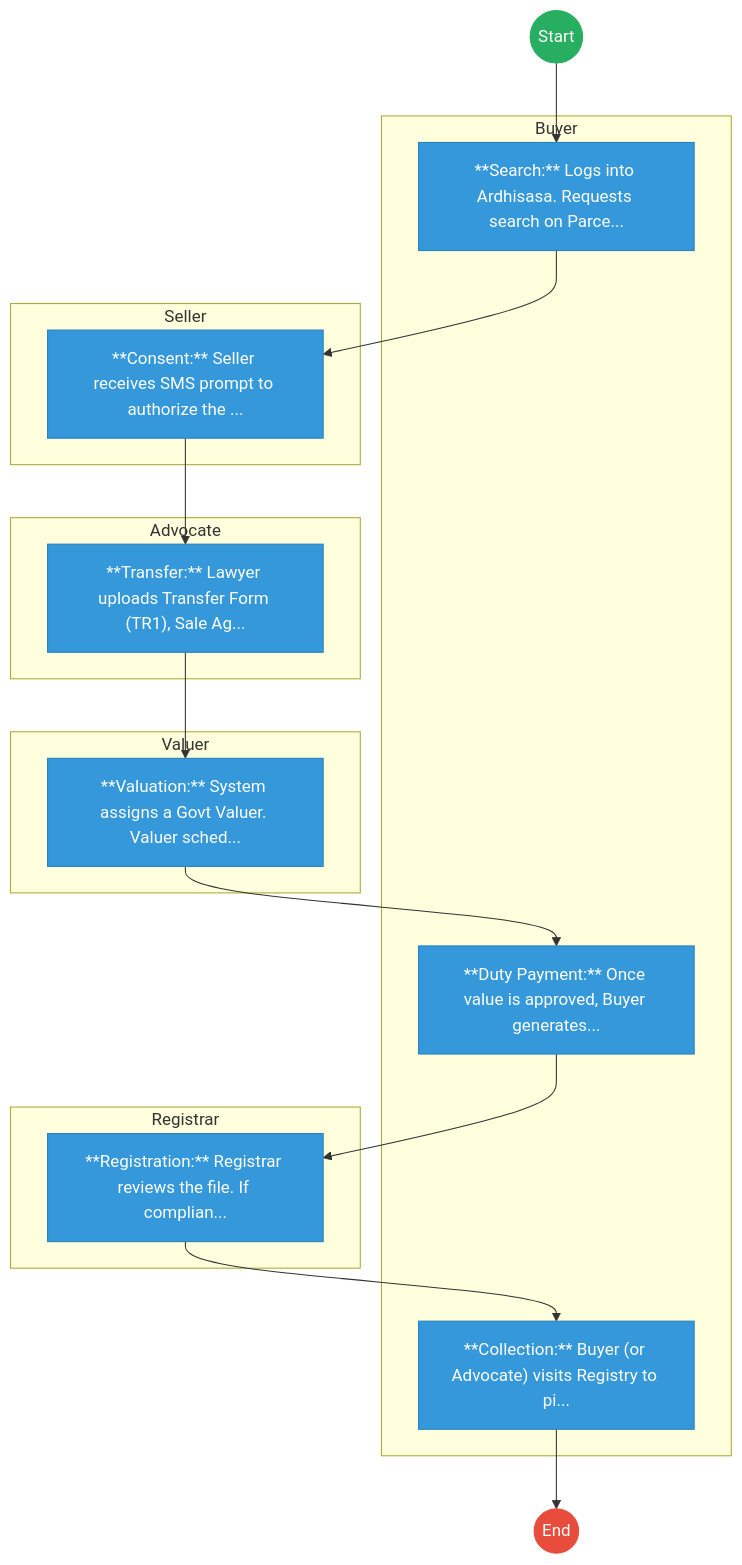
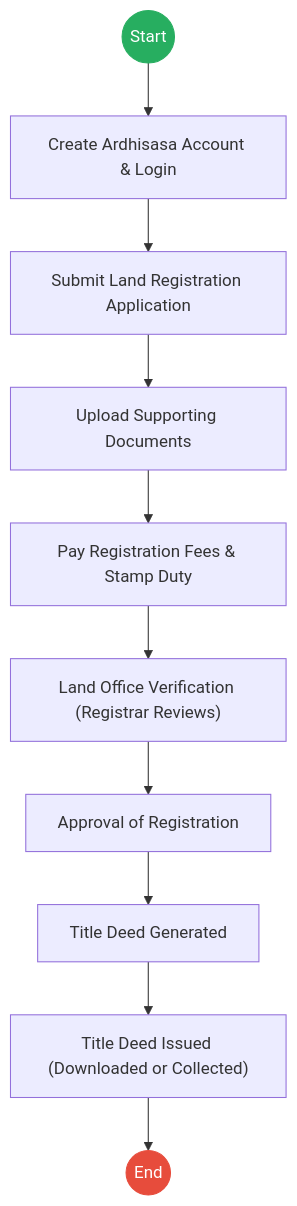
The first of 4 diagrams in mdas/docs_final/STATE_DEPARTMENT_FOR_LANDS_AND_PHYSICAL_PLANNING___Service_Delivery.md (BITZ-IT-Consulting-LTD/ictapoc), drawn with Mermaid before and after one commit. The commit also changed other lines of this file, not shown here.

````diff
--- a/mdas/docs_final/STATE_DEPARTMENT_FOR_LANDS_AND_PHYSICAL_PLANNING___Service_Delivery.md
+++ b/mdas/docs_final/STATE_DEPARTMENT_FOR_LANDS_AND_PHYSICAL_PLANNING___Service_Delivery.md
@@ -20,42 +20,17 @@
 ```mermaid
 graph TD
     Start((Start)) --> S1
-
-    subgraph Buyer [Buyer]
-        S1["**Search:** Logs into Ardhisasa. Requests search on Parce..."]
-        S5["**Duty Payment:** Once value is approved, Buyer generates..."]
-        S7["**Collection:** Buyer (or Advocate) visits Registry to pi..."]
-    end
-
-    subgraph Seller [Seller]
-        S2["**Consent:** Seller receives SMS prompt to authorize the ..."]
-    end
-
-    subgraph Advocate [Advocate]
-        S3["**Transfer:** Lawyer uploads Transfer Form (TR1), Sale Ag..."]
-    end
-
-    subgraph Valuer [Valuer]
-        S4["**Valuation:** System assigns a Govt Valuer. Valuer sched..."]
-    end
-
-    subgraph Registrar [Registrar]
-        S6["**Registration:** Registrar reviews the file. If complian..."]
-    end
-    S1 --> S2
-    S2 --> S3
-    S3 --> S4
-    S4 --> S5
-    S5 --> S6
-    S6 --> S7
-    S7 --> End((End))
+    S1["Create Ardhisasa Account & Login"] --> S2
+    S2["Submit Land Registration Application"] --> S3
+    S3["Upload Supporting Documents"] --> S4
+    S4["Pay Registration Fees & Stamp Duty"] --> S5
+    S5["Land Office Verification (Registrar Reviews)"] --> S6
+    S6["Approval of Registration"] --> S7
+    S7["Title Deed Generated"] --> S8
+    S8["Title Deed Issued (Downloaded or Collected)"] --> End((End))
 
     classDef start fill:#27ae60,stroke:#27ae60,color:#fff;
     classDef endNode fill:#e74c3c,stroke:#e74c3c,color:#fff;
-    classDef userTask fill:#3498db,stroke:#2980b9,color:#fff;
-    classDef serviceTask fill:#9b59b6,stroke:#8e44ad,color:#fff;
-
     class Start start;
     class End endNode;
-    class S1,S2,S3,S4,S5,S6,S7 userTask;
 ```
````
